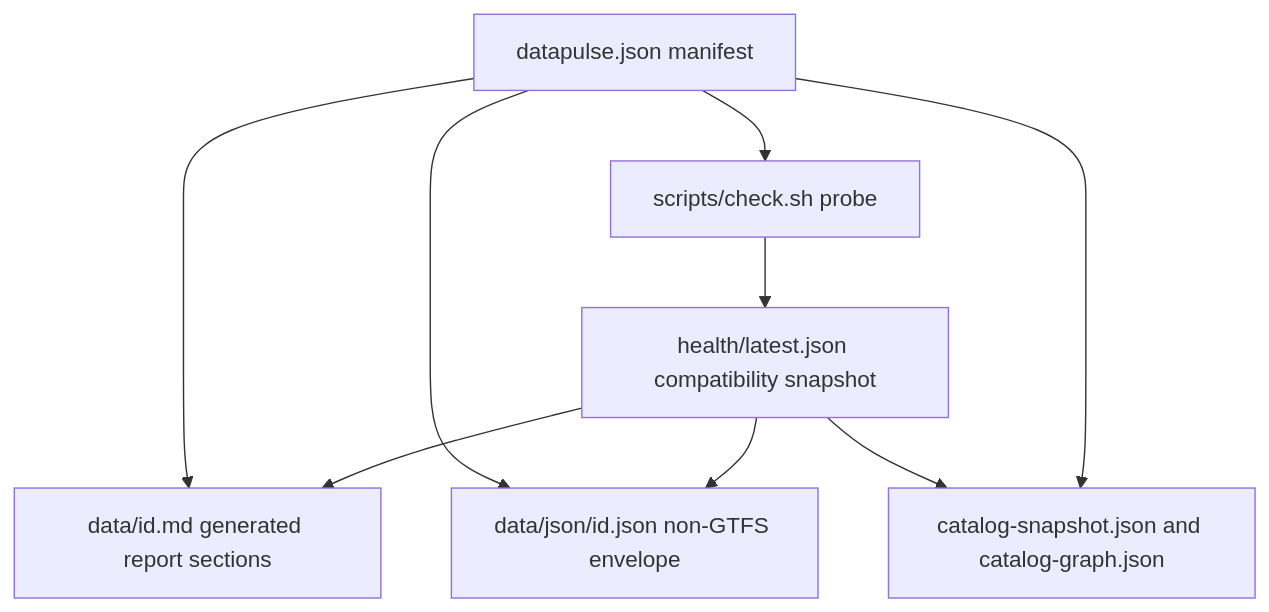
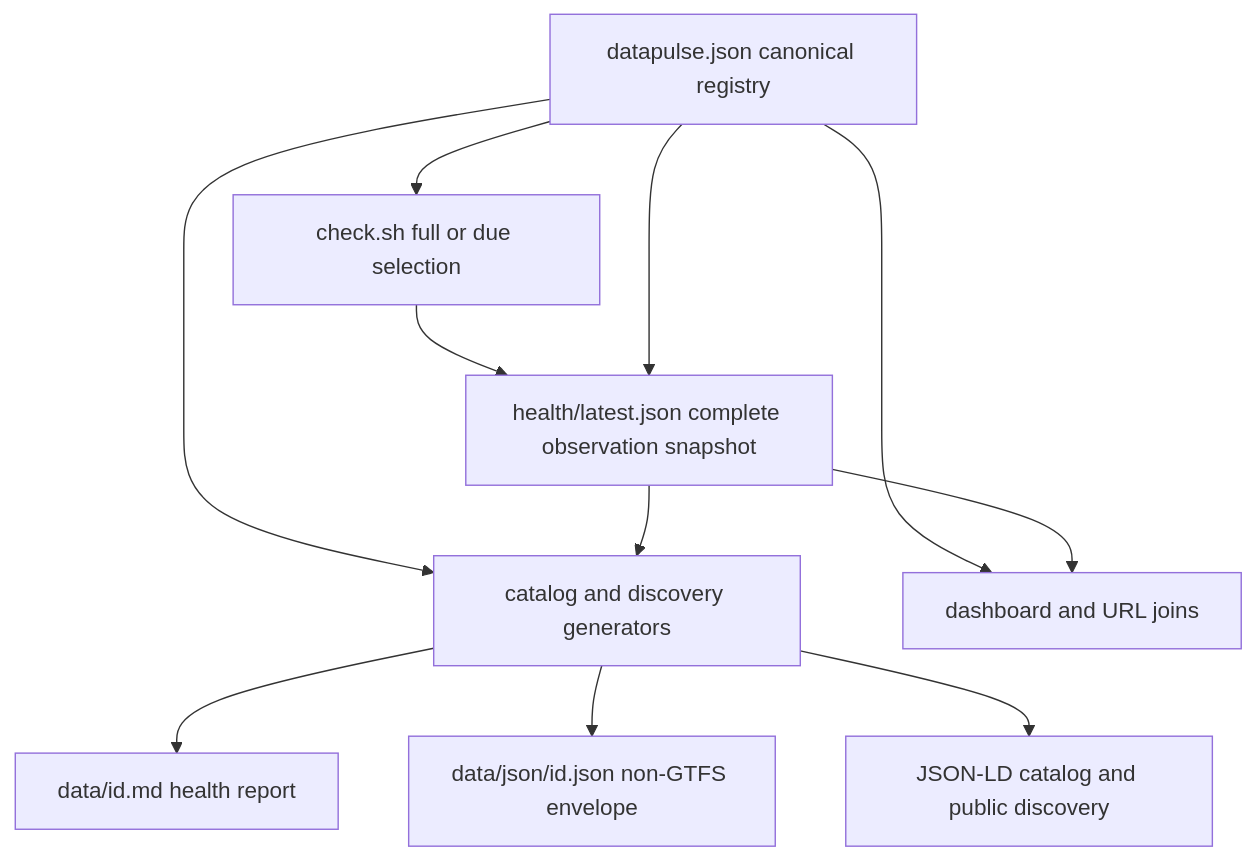
One commit to r3dz4r/datapulse-my changed the diagram in openwiki/datasets.md. Above: the diagram before and after it, drawn with Mermaid. The commit also changed other lines of this file and 4 other files, not shown here.

````diff
--- a/openwiki/datasets.md
+++ b/openwiki/datasets.md
@@ -69,11 +99,13 @@
 ```mermaid
 flowchart TD
-    M["datapulse.json manifest"] --> P["scripts/check.sh probe"]
-    P --> H["health/latest.json compatibility snapshot"]
-    H --> R["data/id.md generated report sections"]
-    H --> E["data/json/id.json non-GTFS envelope"]
-    M --> C["catalog-snapshot.json and catalog-graph.json"]
-    H --> C
-    M --> E
-    M --> R
+    M["datapulse.json canonical registry"] --> Q["check.sh full or due selection"]
+    Q --> H["health/latest.json complete observation snapshot"]
+    M --> H
+    M --> G["catalog and discovery generators"]
+    H --> G
+    G --> R["data/id.md health report"]
+    G --> E["data/json/id.json non-GTFS envelope"]
+    G --> L["JSON-LD catalog and public discovery"]
+    M --> D["dashboard and URL joins"]
+    H --> D
 ```
````
